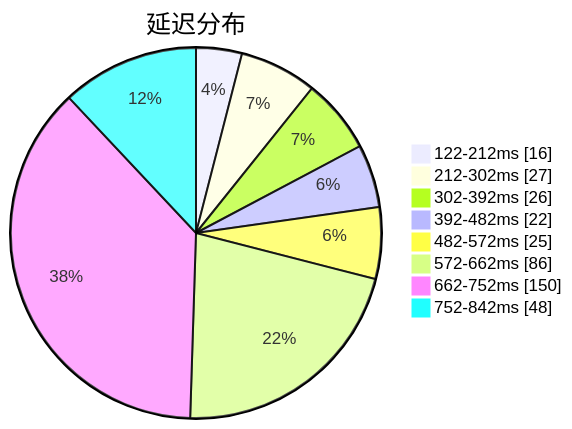
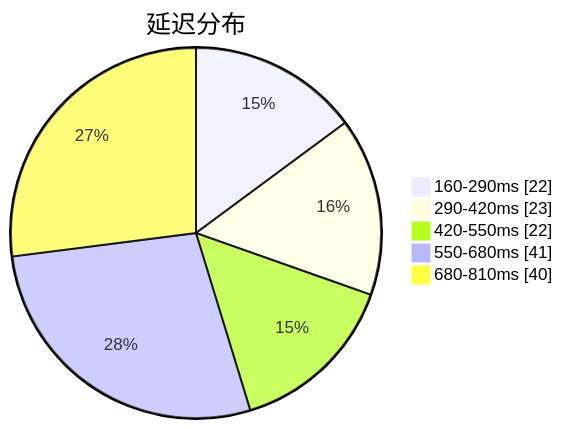
The first of 3 diagrams in subs/statistics/tested_within.md (qjlxg/airport), drawn with Mermaid before and after one commit. The commit also changed other lines of this file and 2 other files, not shown here.

````diff
--- a/subs/statistics/tested_within.md
+++ b/subs/statistics/tested_within.md
@@ -2,12 +2,9 @@
 ```mermaid
 pie showData
 title 延迟分布
-"122-212ms" : 16
-"212-302ms" : 27
-"302-392ms" : 26
-"392-482ms" : 22
-"482-572ms" : 25
-"572-662ms" : 86
-"662-752ms" : 150
-"752-842ms" : 48
+"160-290ms" : 22
+"290-420ms" : 23
+"420-550ms" : 22
+"550-680ms" : 41
+"680-810ms" : 40
 ```
````
